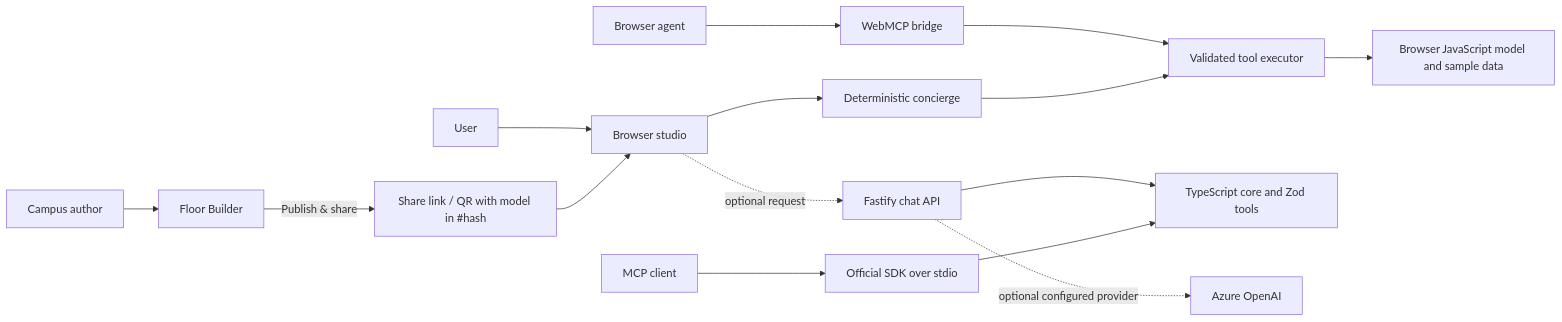
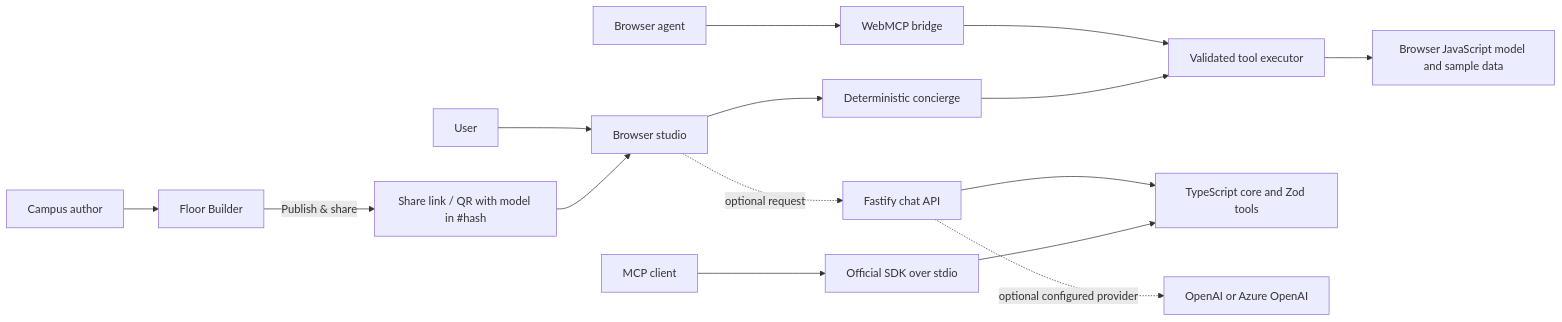
Before and after one commit to AdityaGupta20871/campusTwin: the diagram in Agent.md, drawn with Mermaid. The commit also changed other lines of this file and 12 other files, not shown here.

````diff
--- a/Agent.md
+++ b/Agent.md
@@ -48,17 +48,17 @@
 ```mermaid
 flowchart LR
   Author[Campus author] --> Builder[Floor Builder]
   Builder -- Publish & share --> Link[Share link / QR with model in #hash]
   Link --> Studio
   User --> Studio[Browser studio]
   Studio --> LocalAgent[Deterministic concierge]
   LocalAgent --> Executor[Validated tool executor]
   Executor --> Model[Browser JavaScript model and sample data]
   McpClient[MCP client] --> McpServer[Official SDK over stdio]
   McpServer --> TsCore[TypeScript core and Zod tools]
   WebAgent[Browser agent] --> WebMCP[WebMCP bridge]
   WebMCP --> Executor
   Studio -. optional request .-> Api[Fastify chat API]
   Api --> TsCore
-  Api -. optional configured provider .-> Azure[Azure OpenAI]
+  Api -. optional configured provider .-> Provider[OpenAI or Azure OpenAI]
 ```
````
